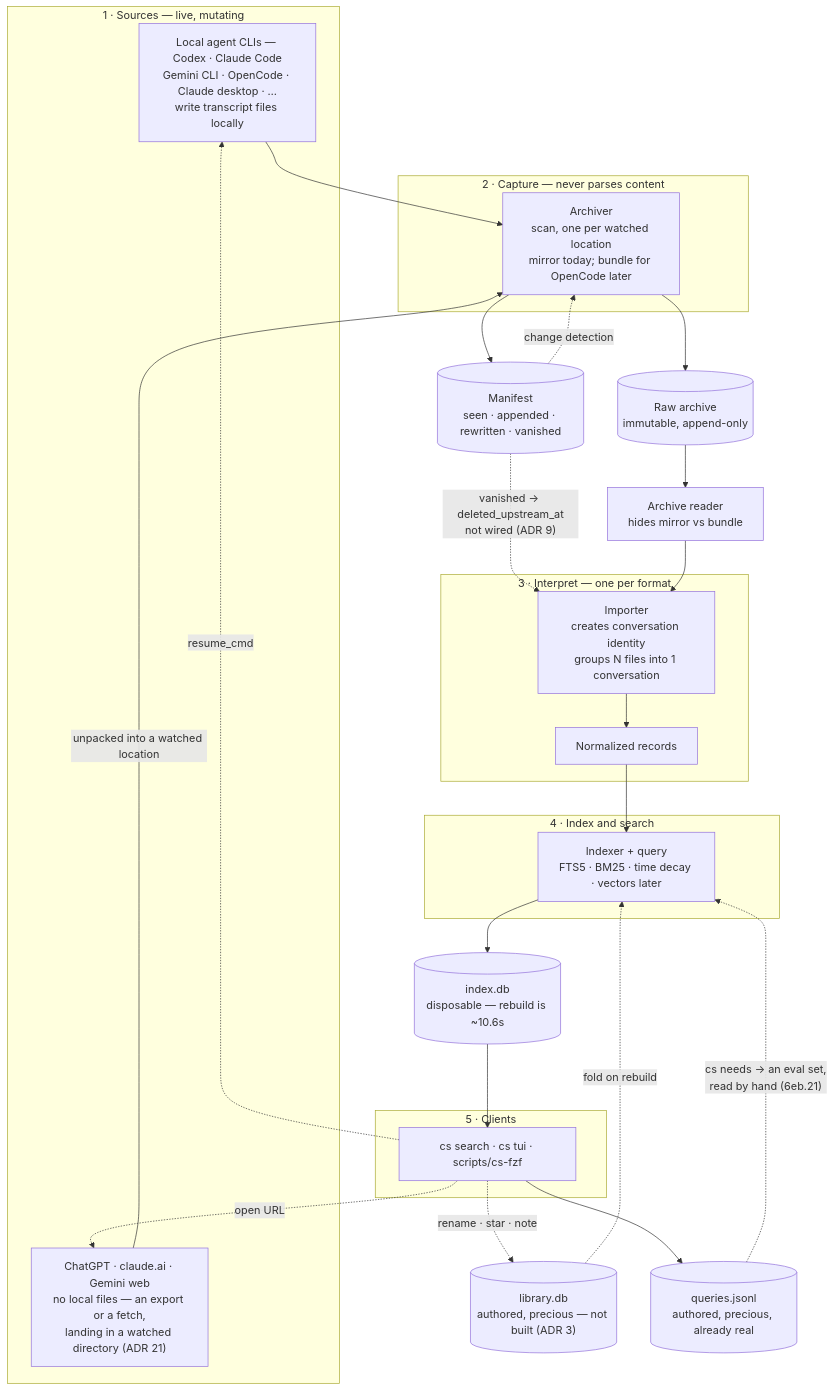
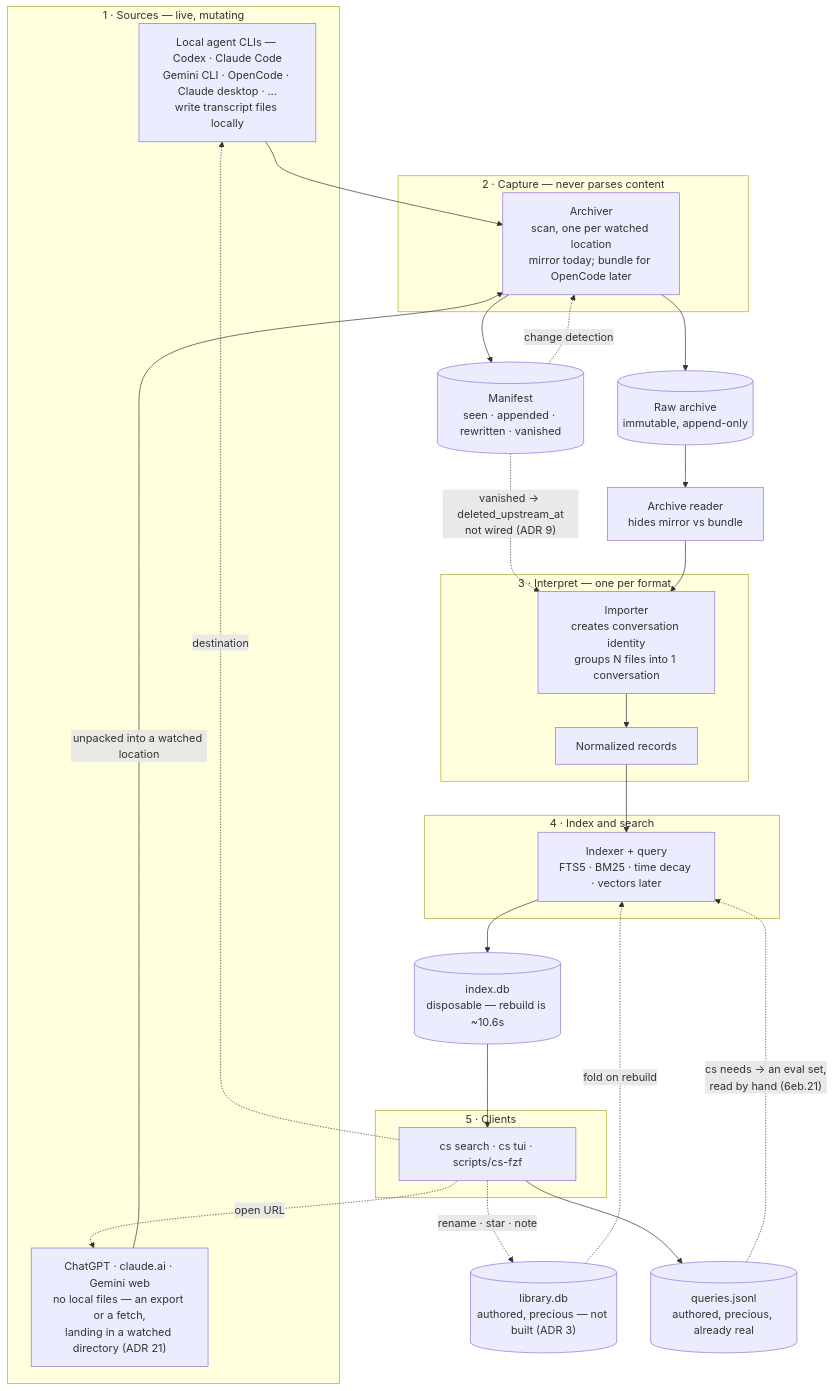
The first of 2 diagrams in docs/ARCHITECTURE.md (tylercrosse/chat-search), drawn with Mermaid before and after one commit. The commit also changed other lines of this file and 29 other files, not shown here.

````diff
--- a/docs/ARCHITECTURE.md
+++ b/docs/ARCHITECTURE.md
@@ -23,51 +23,51 @@
 ```mermaid
 flowchart TB
     subgraph SRC["1 · Sources — live, mutating"]
         LOCAL["Local agent CLIs — Codex · Claude Code<br/>Gemini CLI · OpenCode · Claude desktop · …<br/>write transcript files locally"]
         REMOTE["ChatGPT · claude.ai · Gemini web<br/>no local files — an export or a fetch,<br/>landing in a watched directory (ADR 21)"]
     end
 
     subgraph CAP["2 · Capture — never parses content"]
         ARCH["Archiver<br/>scan, one per watched location<br/>mirror today; bundle for OpenCode later"]
     end
 
     RAW[("Raw archive<br/>immutable, append-only")]
     MAN[("Manifest<br/>seen · appended · rewritten · vanished")]
     READER["Archive reader<br/>hides mirror vs bundle"]
 
     subgraph INT["3 · Interpret — one per format"]
         IMP["Importer<br/>creates conversation identity<br/>groups N files into 1 conversation"]
         NORM["Normalized records"]
     end
 
     subgraph IDXG["4 · Index and search"]
         INDEXER["Indexer + query<br/>FTS5 · BM25 · time decay · vectors later"]
     end
 
     DB[("index.db<br/>disposable — rebuild is ~10.6s")]
     LIB[("library.db<br/>authored, precious — not built (ADR 3)")]
     QLOG[("queries.jsonl<br/>authored, precious, already real")]
 
     subgraph CL["5 · Clients"]
         CLIENTS["cs search · cs tui · scripts/cs-fzf"]
     end
 
     LOCAL --> ARCH
     REMOTE -->|"unpacked into a watched location"| ARCH
     ARCH --> RAW
     ARCH --> MAN
     MAN -. "change detection" .-> ARCH
     RAW --> READER
     MAN -. "vanished → deleted_upstream_at<br/>not wired (ADR 9)" .-> IMP
     READER --> IMP
     IMP --> NORM
     NORM --> INDEXER
     LIB -. "fold on rebuild" .-> INDEXER
     INDEXER --> DB
     DB --> CLIENTS
     CLIENTS --> QLOG
     QLOG -. "cs needs → an eval set,<br/>read by hand (6eb.21)" .-> INDEXER
     CLIENTS -. "rename · star · note" .-> LIB
-    CLIENTS -. "resume_cmd" .-> LOCAL
+    CLIENTS -. "destination" .-> LOCAL
     CLIENTS -. "open URL" .-> REMOTE
 ```
````
